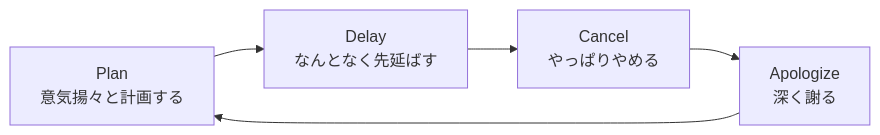
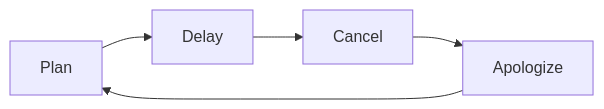
The diagram in content.md (Hacknock/lobsterjs-playground), drawn with Mermaid before and after one commit. The commit also changed other lines of this file and 2 other files, not shown here.

Commit message:
Fix warp syntax, remove unsupported anchors, simplify Mermaid labels, switch to pop theme

````diff
--- a/content.md
+++ b/content.md
@@ -17,7 +17,4 @@
 ```mermaid
 flowchart LR
-  P["Plan\n意気揚々と計画する"] --> D["Delay\nなんとなく先延ばす"]
-  D --> C["Cancel\nやっぱりやめる"]
-  C --> A["Apologize\n深く謝る"]
-  A --> P
+  P[Plan] --> D[Delay] --> C[Cancel] --> A[Apologize] --> P
 ```
````
